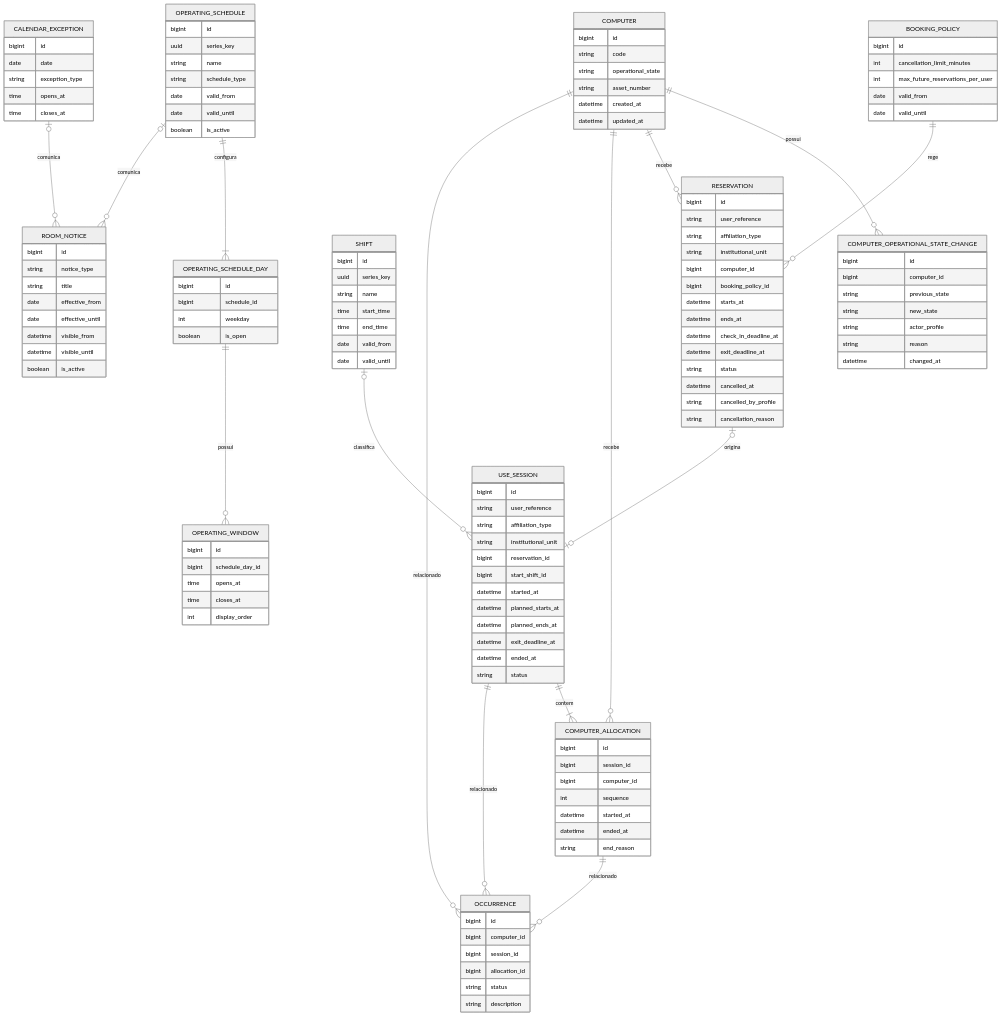
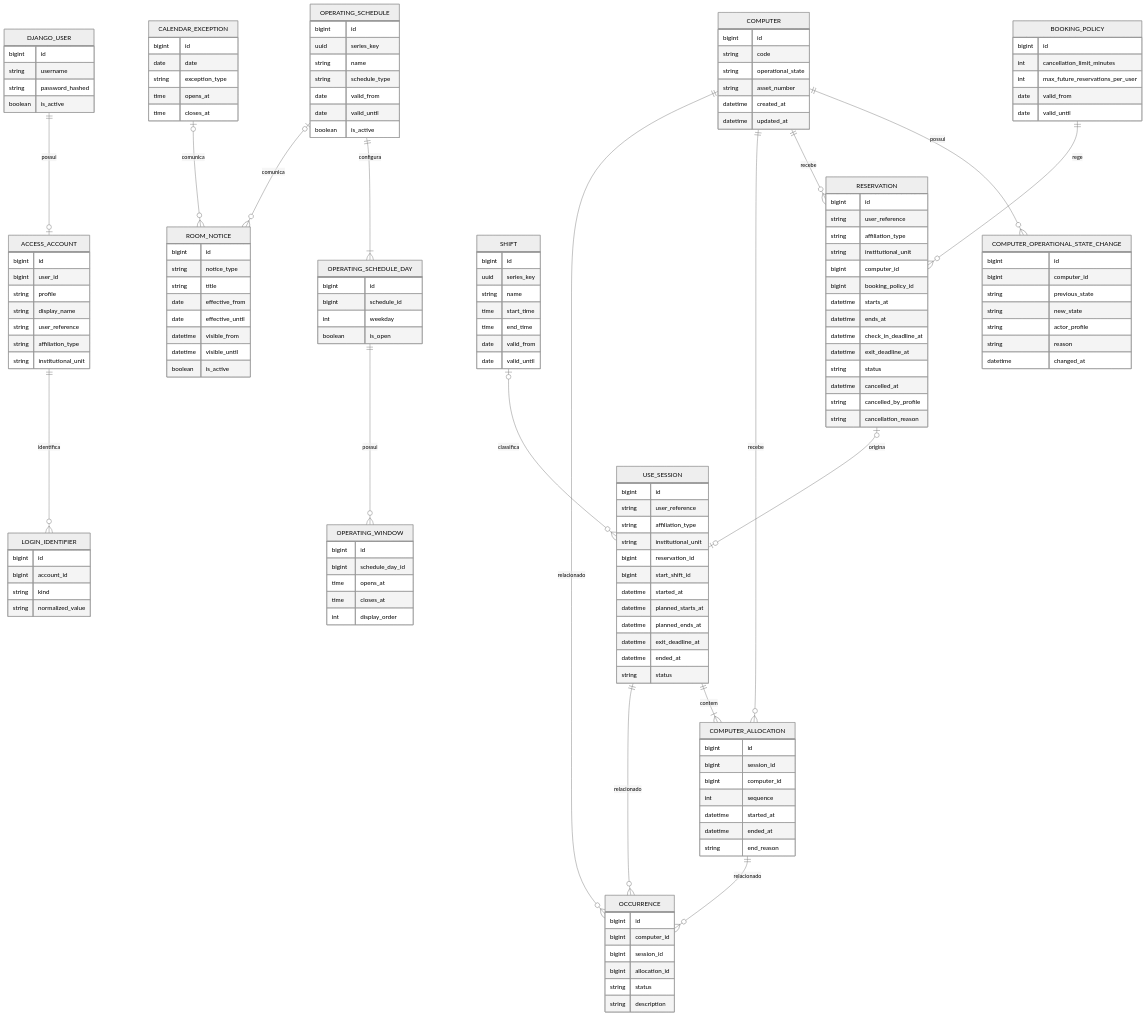
One commit to MarcosVini753/estagio changed the diagram in docs/architecture/diagrams/erd.md. Above: the diagram before and after it, drawn with Mermaid (neutral theme). The commit also changed 91 other files, not shown here.

Commit message:
feat(access): replace simulated profile login

````diff
--- a/docs/architecture/diagrams/erd.md
+++ b/docs/architecture/diagrams/erd.md
@@ -3,5 +3,7 @@
 ```mermaid
 erDiagram
+    DJANGO_USER ||--o| ACCESS_ACCOUNT : possui
+    ACCESS_ACCOUNT ||--o{ LOGIN_IDENTIFIER : identifica
     COMPUTER ||--o{ COMPUTER_OPERATIONAL_STATE_CHANGE : possui
     COMPUTER ||--o{ RESERVATION : recebe
     COMPUTER ||--o{ COMPUTER_ALLOCATION : recebe
@@ -16,6 +18,30 @@
     OPERATING_SCHEDULE_DAY ||--o{ OPERATING_WINDOW : possui
     OPERATING_SCHEDULE o|--o{ ROOM_NOTICE : comunica
     CALENDAR_EXCEPTION o|--o{ ROOM_NOTICE : comunica
+
+    DJANGO_USER {
+        bigint id
+        string username
+        string password_hashed
+        boolean is_active
+    }
+
+    ACCESS_ACCOUNT {
+        bigint id
+        bigint user_id
+        string profile
+        string display_name
+        string user_reference
+        string affiliation_type
+        string institutional_unit
+    }
+
+    LOGIN_IDENTIFIER {
+        bigint id
+        bigint account_id
+        string kind
+        string normalized_value
+    }
 
     COMPUTER {
         bigint id
````
